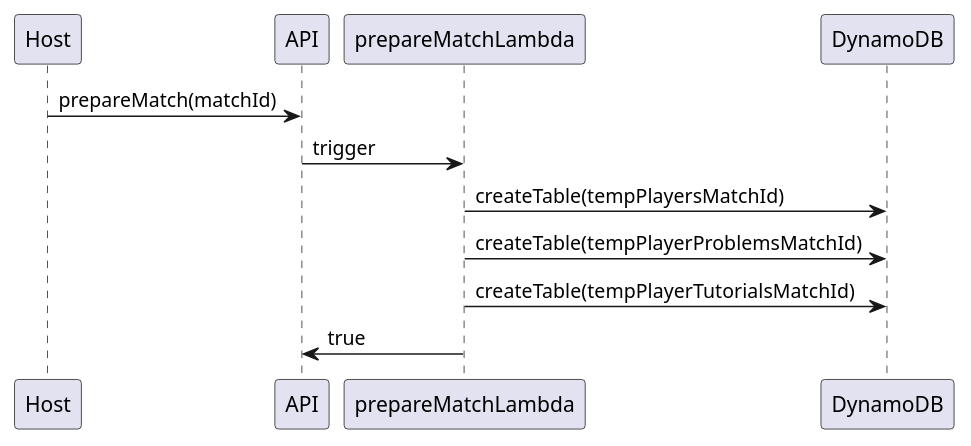
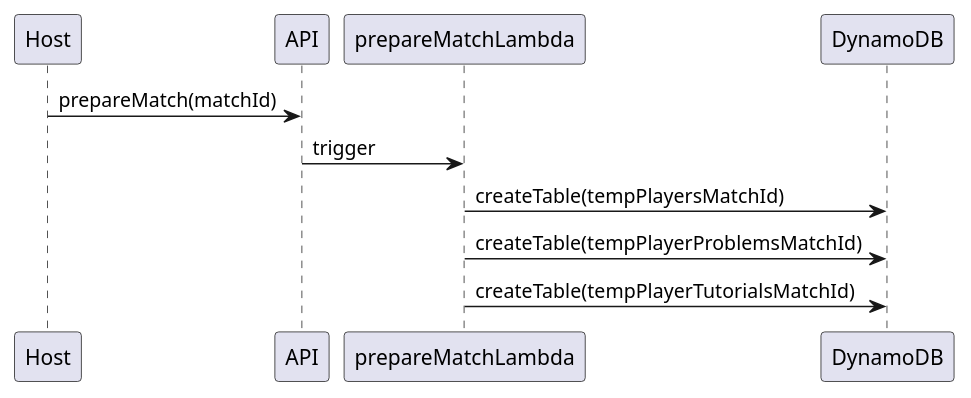
Before and after one commit to joaquin30/koderush-backend: the diagram in prepareMatch.puml, drawn with PlantUML. The commit also changed 4 other files, not shown here.

Commit message:
updated diagrams

```diff
--- a/prepareMatch.puml
+++ b/prepareMatch.puml
@@ -1,10 +1,9 @@
 @startuml koderush-prepareMatch
 
 Host -> API : prepareMatch(matchId)
 API -> prepareMatchLambda : trigger
 prepareMatchLambda -> DynamoDB : createTable(tempPlayersMatchId)
 prepareMatchLambda -> DynamoDB : createTable(tempPlayerProblemsMatchId)
 prepareMatchLambda -> DynamoDB : createTable(tempPlayerTutorialsMatchId)
-prepareMatchLambda -> API : true
 
 @enduml
```
